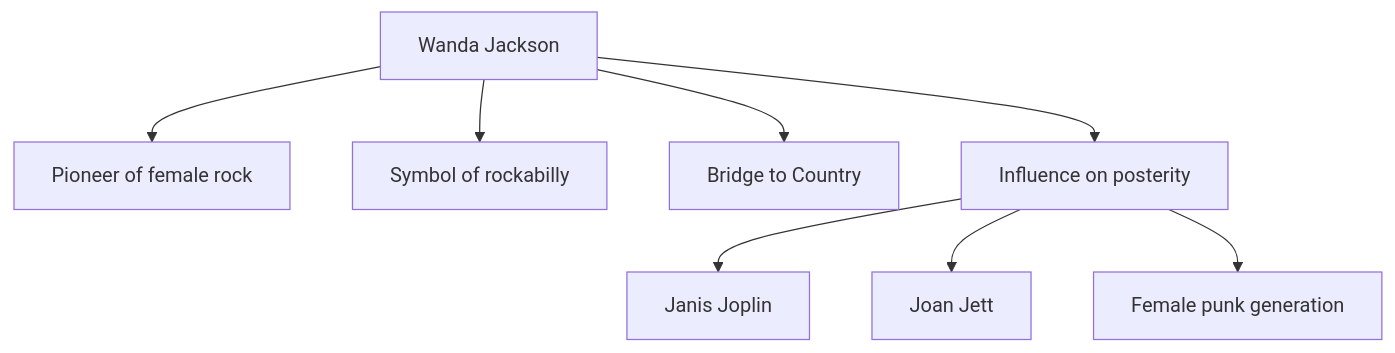
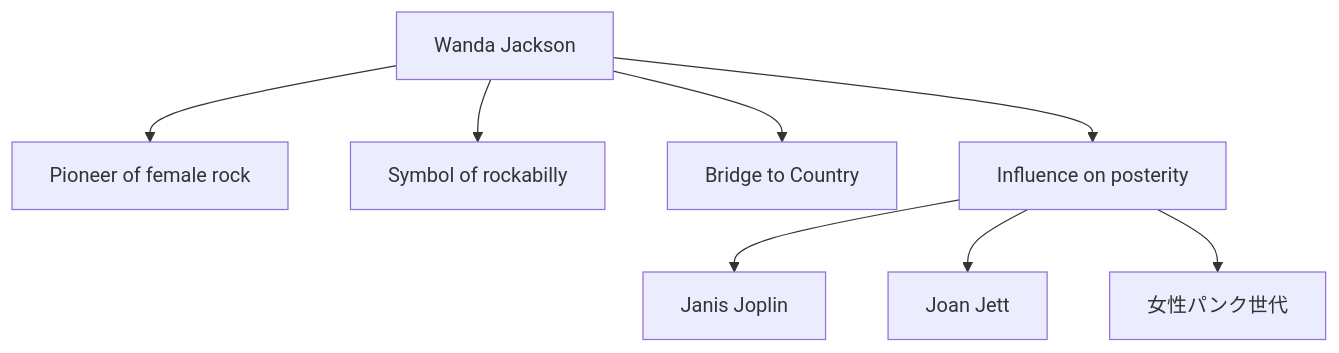
Diagram 11 of 11 in en/_posts/2026-05-16-column-wanda-jackson.md (monumental-movement/monumental-movement.github.io), drawn with Mermaid before and after one commit. The commit also changed other lines of this file and 1012 other files, not shown here.

```diff
--- a/en/_posts/2026-05-16-column-wanda-jackson.md
+++ b/en/_posts/2026-05-16-column-wanda-jackson.md
@@ -323,11 +323,11 @@
 <div class="mermaid">
 graph TD
 A["Wanda Jackson"] --> B["Pioneer of female rock"]
 A --> C["Symbol of rockabilly"]
 A --> D["Bridge to Country"]
 A --> E["Influence on posterity"]
 
 E --> F["Janis Joplin"]
 E --> G["Joan Jett"]
-E --> H["Female punk generation"]
+E --> H["女性パンク世代"]
 </div>
```
